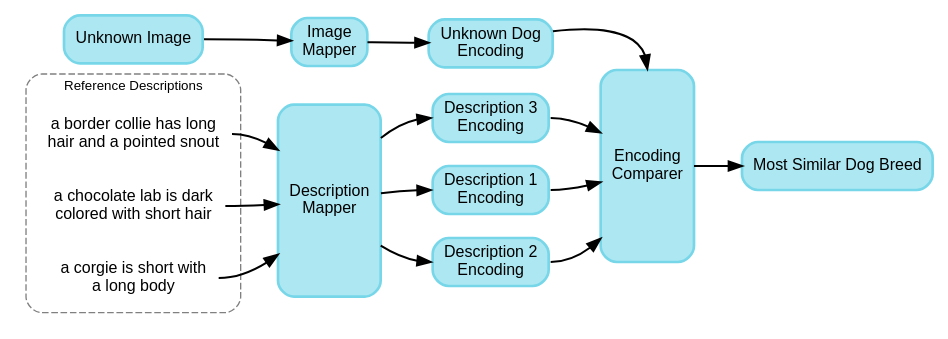
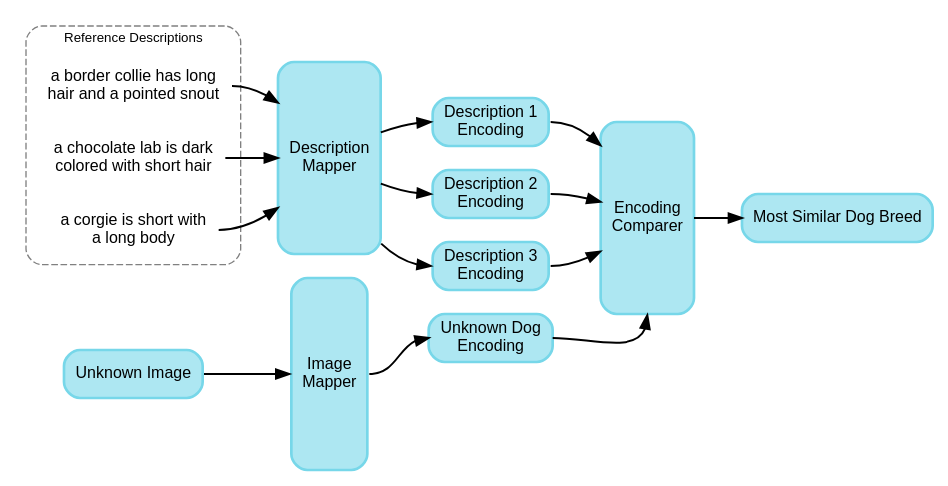
The third of 3 diagrams in content/blog/fewshot.md (mbr4477/blog), drawn with Graphviz before and after one commit.

Commit message:
Fix typos and diagrams

````diff
--- a/content/blog/fewshot.md
+++ b/content/blog/fewshot.md
@@ -120,45 +120,55 @@
 ```dot
 digraph G {
   rankdir=LR;
   node[
     shape=box,
     style="rounded,filled,solid",
     fontname=Arial,
     fillcolor="#ADE7F2",
     penwidth="2",
     color="#77D7E9",
     fontsize=12
   ]
   edge[
     penwidth=1.5,
   ]
   subgraph cluster_ref {
     label="Reference Descriptions"
     fontname=Arial
     fontsize=10
     style="rounded,dashed"
     color=gray
     node[shape=none,fillcolor=none]
     dog1[label="a border collie has long\nhair and a pointed snout"]
     dog2[label="a chocolate lab is dark\ncolored with short hair"]
     dog3[label="a corgie is short with\na long body"]
   }
-  desc_mapper[label="Description\nMapper",height=2]
-  image_mapper[label="Image\nMapper"]
-  dog1e[label="Description 1\nEncoding"]
-  dog2e[label="Description 2\nEncoding"]
-  dog3e[label="Description 3\nEncoding"]
+  subgraph {
+    desc_mapper[label="Description\nMapper",height=2]
+    image_mapper[label="Image\nMapper",height=2]
+    rank=same;
+    desc_mapper -> image_mapper [style=invis]
+  }
   compare[label="Encoding\nComparer",height=2]
   input[label="Unknown Image"]
-  unke[label="Unknown Dog\nEncoding"]
-  input:e -> image_mapper -> unke -> compare:n
+  input:e -> image_mapper:w
+  image_mapper:e -> unke:w
+  unke:e -> compare:s
   dog1:e -> desc_mapper -> dog1e:w
   dog2:e -> desc_mapper -> dog2e:w
   dog3:e -> desc_mapper -> dog3e:w
   dog1e:e -> compare
   dog2e:e -> compare
   dog3e:e -> compare
+  subgraph {
+    rank=same;
+    dog1e[label="Description 1\nEncoding"]
+    dog2e[label="Description 2\nEncoding"]
+    dog3e[label="Description 3\nEncoding"]
+    unke[label="Unknown Dog\nEncoding"]
+    dog1e -> dog2e -> dog3e -> unke [style=invis]
+  }
   output[label="Most Similar Dog Breed"]
   compare:e -> output:w
 }
 ```
````
